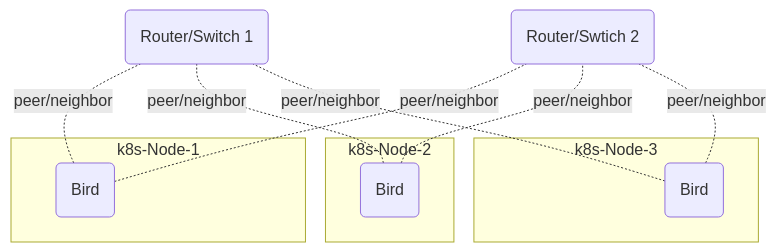
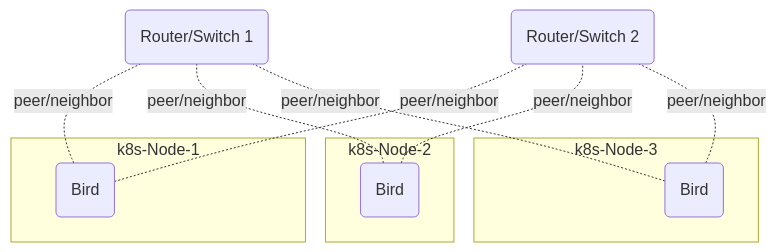
Before and after one commit to purelb/purelb: the diagram in content/how_it_works/bundledbird/_index.md, drawn with Mermaid. The commit also changed other lines of this file and 19 other files, not shown here.

```diff
--- a/content/how_it_works/bundledbird/_index.md
+++ b/content/how_it_works/bundledbird/_index.md
@@ -11,28 +11,28 @@
 {{<mermaid align="center">}}
 
   graph BT;
 
     A(Router/Switch 1);
-    B(Router/Swtich 2);
+    B(Router/Switch 2);
 
     subgraph k8s-Node-1
       C1(Bird)
     end
 
     subgraph k8s-Node-2
       D1(Bird)
     end
 
     subgraph k8s-Node-3
       E1(Bird)
     end
 
     C1-.-|peer/neighbor|A;
     C1-.-|peer/neighbor|B;
     D1-.-|peer/neighbor|A;
     D1-.-|peer/neighbor|B;
     E1-.-|peer/neighbor|A;
     E1-.-|peer/neighbor|B;
 
 
 {{</mermaid>}}
```
